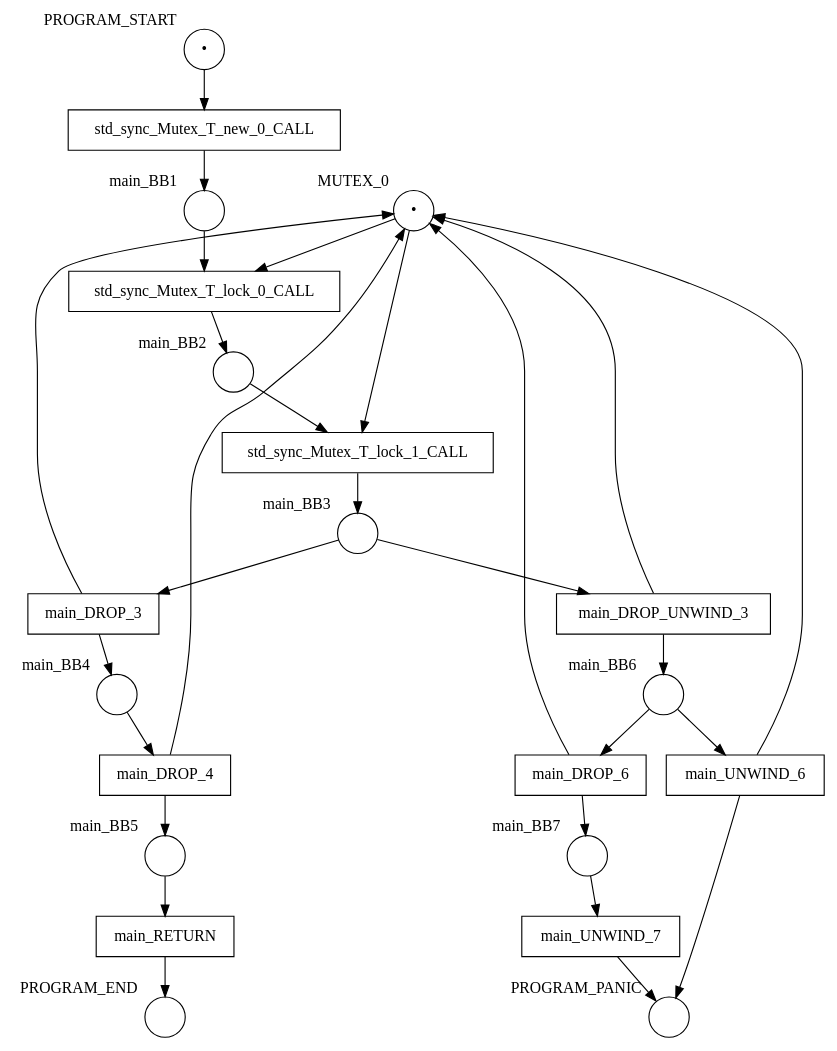
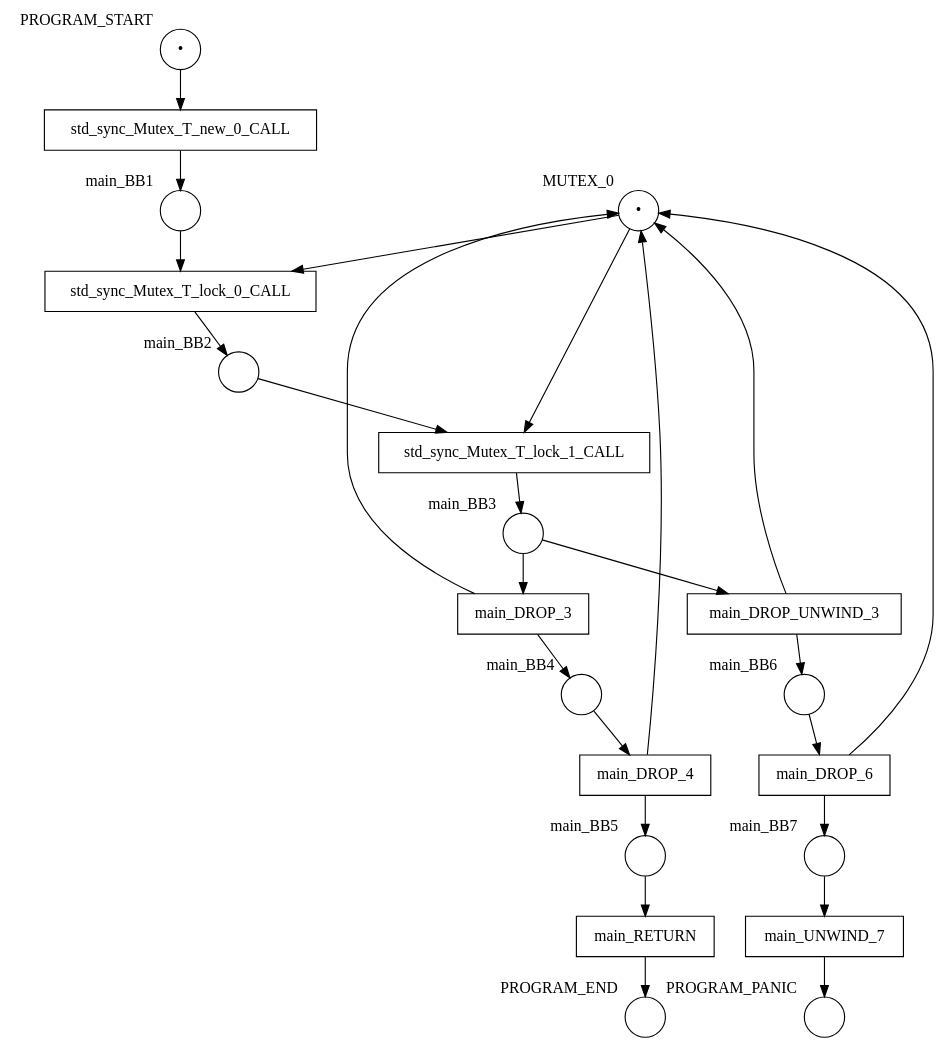
One commit to hlisdero/cargo-check-deadlock changed the diagram in examples/results/mutex/double_lock_deadlock/net.dot. Above: the diagram before and after it, drawn with Graphviz. The commit also changed 38 other files, not shown here.

```diff
--- a/examples/results/mutex/double_lock_deadlock/net.dot
+++ b/examples/results/mutex/double_lock_deadlock/net.dot
@@ -1,50 +1,46 @@
 digraph petrinet {
     MUTEX_0 [shape="circle" xlabel="MUTEX_0" label="•"];
     PROGRAM_END [shape="circle" xlabel="PROGRAM_END" label=""];
     PROGRAM_PANIC [shape="circle" xlabel="PROGRAM_PANIC" label=""];
     PROGRAM_START [shape="circle" xlabel="PROGRAM_START" label="•"];
     main_BB1 [shape="circle" xlabel="main_BB1" label=""];
     main_BB2 [shape="circle" xlabel="main_BB2" label=""];
     main_BB3 [shape="circle" xlabel="main_BB3" label=""];
     main_BB4 [shape="circle" xlabel="main_BB4" label=""];
     main_BB5 [shape="circle" xlabel="main_BB5" label=""];
     main_BB6 [shape="circle" xlabel="main_BB6" label=""];
     main_BB7 [shape="circle" xlabel="main_BB7" label=""];
     main_DROP_3 [shape="box" xlabel="" label="main_DROP_3"];
     main_DROP_4 [shape="box" xlabel="" label="main_DROP_4"];
     main_DROP_6 [shape="box" xlabel="" label="main_DROP_6"];
     main_DROP_UNWIND_3 [shape="box" xlabel="" label="main_DROP_UNWIND_3"];
     main_RETURN [shape="box" xlabel="" label="main_RETURN"];
-    main_UNWIND_6 [shape="box" xlabel="" label="main_UNWIND_6"];
     main_UNWIND_7 [shape="box" xlabel="" label="main_UNWIND_7"];
     std_sync_Mutex_T_lock_0_CALL [shape="box" xlabel="" label="std_sync_Mutex_T_lock_0_CALL"];
     std_sync_Mutex_T_lock_1_CALL [shape="box" xlabel="" label="std_sync_Mutex_T_lock_1_CALL"];
     std_sync_Mutex_T_new_0_CALL [shape="box" xlabel="" label="std_sync_Mutex_T_new_0_CALL"];
     MUTEX_0 -> std_sync_Mutex_T_lock_0_CALL;
     MUTEX_0 -> std_sync_Mutex_T_lock_1_CALL;
     PROGRAM_START -> std_sync_Mutex_T_new_0_CALL;
     main_BB1 -> std_sync_Mutex_T_lock_0_CALL;
     main_BB2 -> std_sync_Mutex_T_lock_1_CALL;
     main_BB3 -> main_DROP_3;
     main_BB3 -> main_DROP_UNWIND_3;
     main_BB4 -> main_DROP_4;
     main_BB5 -> main_RETURN;
     main_BB6 -> main_DROP_6;
-    main_BB6 -> main_UNWIND_6;
     main_BB7 -> main_UNWIND_7;
     main_DROP_3 -> MUTEX_0;
     main_DROP_3 -> main_BB4;
     main_DROP_4 -> MUTEX_0;
     main_DROP_4 -> main_BB5;
     main_DROP_6 -> MUTEX_0;
     main_DROP_6 -> main_BB7;
     main_DROP_UNWIND_3 -> MUTEX_0;
     main_DROP_UNWIND_3 -> main_BB6;
     main_RETURN -> PROGRAM_END;
-    main_UNWIND_6 -> MUTEX_0;
-    main_UNWIND_6 -> PROGRAM_PANIC;
     main_UNWIND_7 -> PROGRAM_PANIC;
     std_sync_Mutex_T_lock_0_CALL -> main_BB2;
     std_sync_Mutex_T_lock_1_CALL -> main_BB3;
     std_sync_Mutex_T_new_0_CALL -> main_BB1;
 }
```
